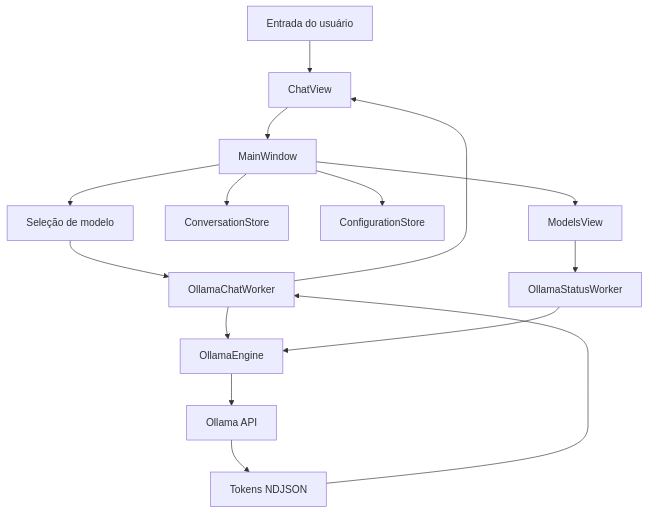
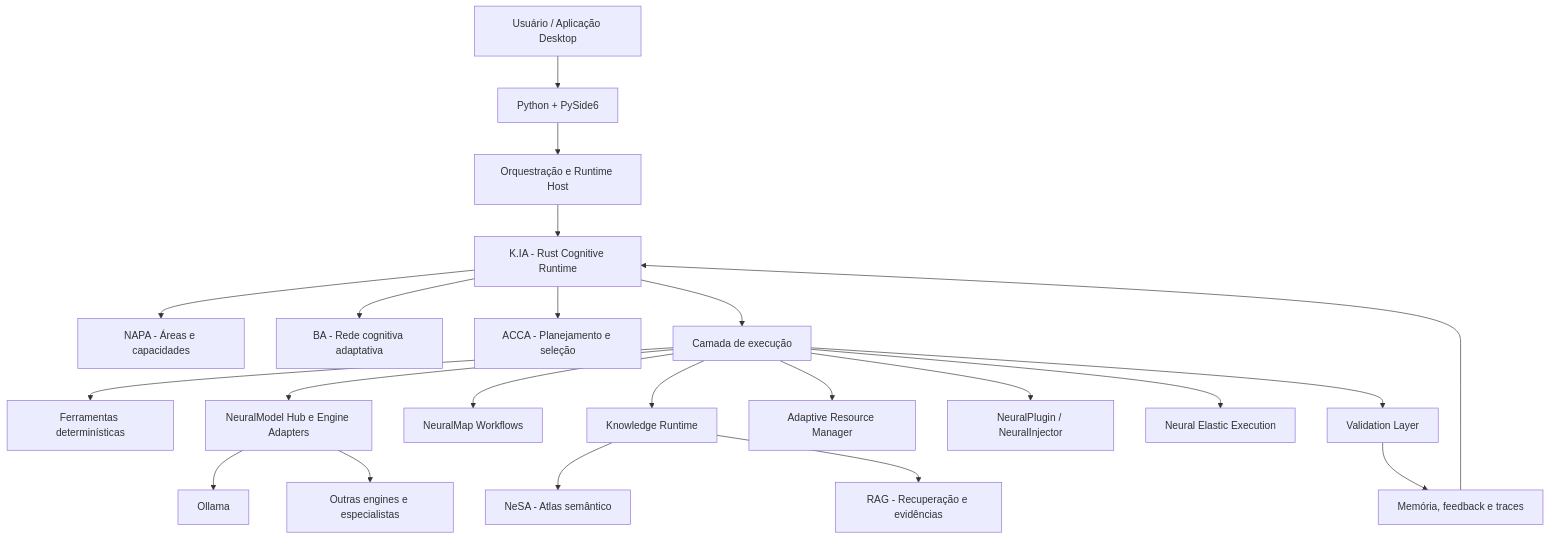
One commit to K410Sh4/AILocalUniversal changed the diagram in README.md. Above: the diagram before and after it, drawn with Mermaid. The commit also changed other lines of this file, not shown here.

Commit message:
docs: consolidate AILocal Universal master architecture in README

````diff
--- a/README.md
+++ b/README.md
@@ -97,17 +26,30 @@
-~~~mermaid
-flowchart TD
- A[Entrada do usuário] --> B[ChatView]
- B --> C[MainWindow]
- C --> D[Seleção de modelo]
- D --> E[OllamaChatWorker]
- E --> F[OllamaEngine]
- F --> G[Ollama API]
- G --> H[Tokens NDJSON]
- H --> E
- E --> B
- C --> I[ConversationStore]
- C --> J[ConfigurationStore]
- C --> K[ModelsView]
- K --> L[OllamaStatusWorker]
- L --> F
-~~~
+```mermaid
+flowchart TB
+    U[Usuário / Aplicação Desktop] --> UI[Python + PySide6]
+    UI --> HOST[Orquestração e Runtime Host]
+    HOST --> KIA[K.IA - Rust Cognitive Runtime]
+
+    KIA --> NAPA[NAPA - Áreas e capacidades]
+    KIA --> BA[BA - Rede cognitiva adaptativa]
+    KIA --> ACCA[ACCA - Planejamento e seleção]
+
+    KIA --> EXEC[Camada de execução]
+    EXEC --> TOOLS[Ferramentas determinísticas]
+    EXEC --> MODELS[NeuralModel Hub e Engine Adapters]
+    EXEC --> MAP[NeuralMap Workflows]
+    EXEC --> KNOW[Knowledge Runtime]
+
+    KNOW --> NESA[NeSA - Atlas semântico]
+    KNOW --> RAG[RAG - Recuperação e evidências]
+
+    MODELS --> OLLAMA[Ollama]
+    MODELS --> OTHER[Outras engines e especialistas]
+
+    EXEC --> RESOURCE[Adaptive Resource Manager]
+    EXEC --> PLUGINS[NeuralPlugin / NeuralInjector]
+    EXEC --> ELASTIC[Neural Elastic Execution]
+
+    EXEC --> VALID[Validation Layer]
+    VALID --> MEMORY[Memória, feedback e traces]
+    MEMORY --> KIA
+```
````
